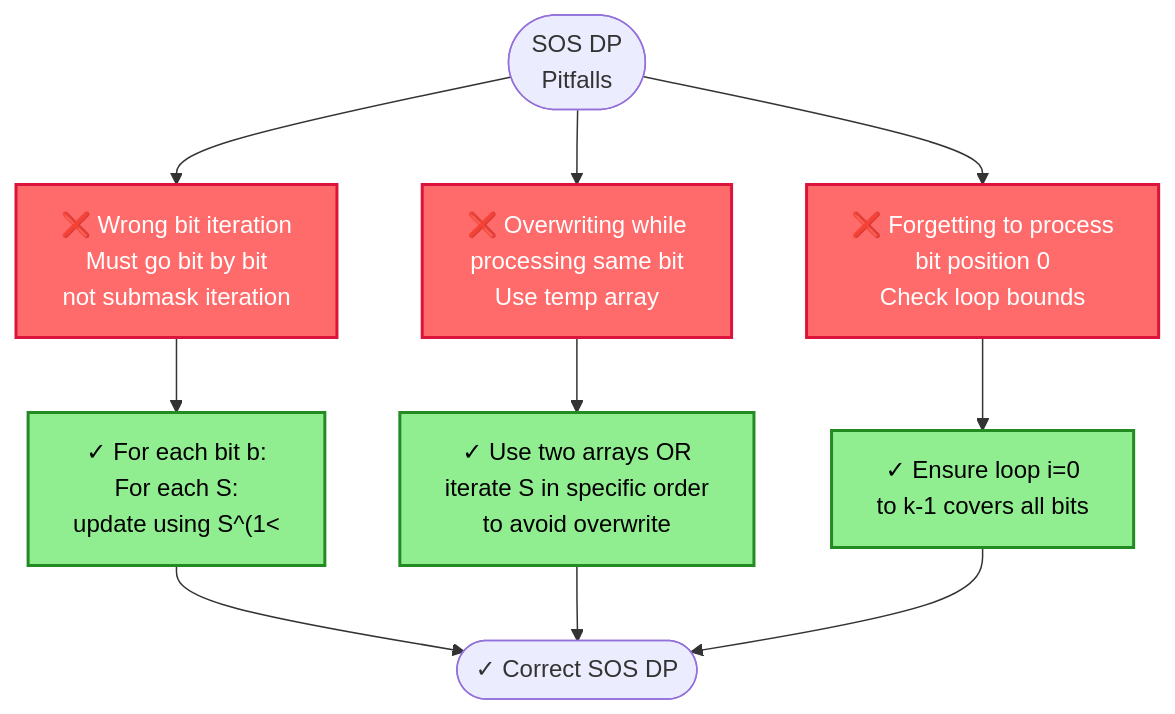
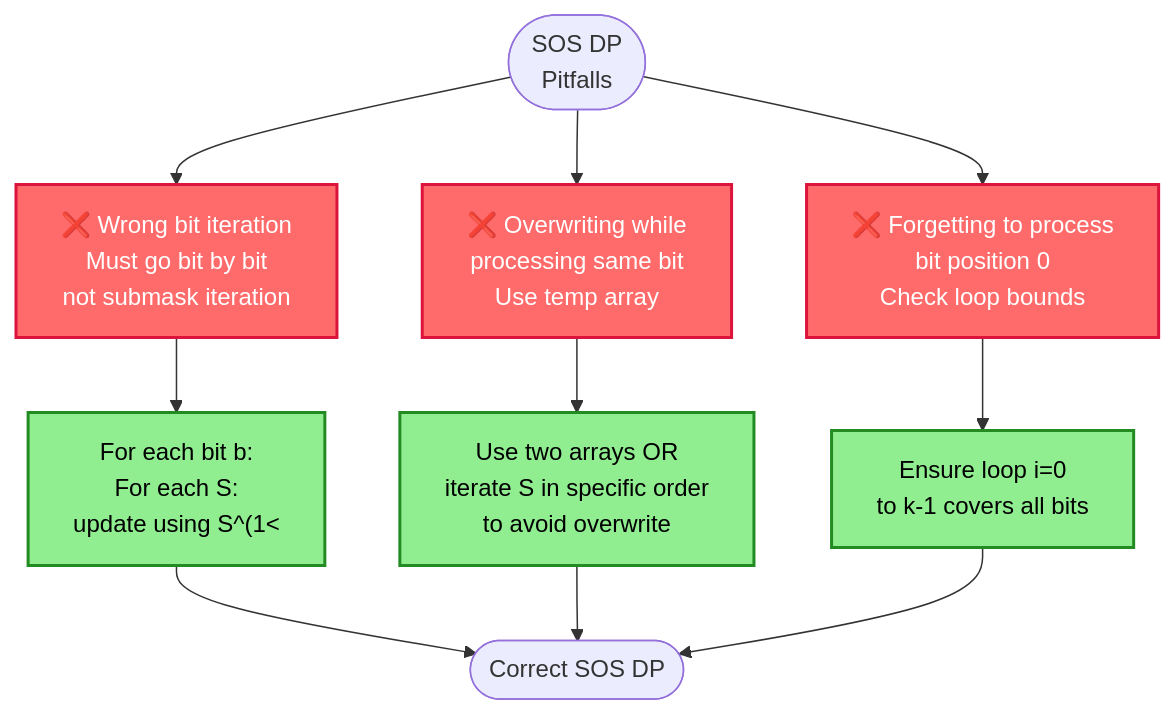
Before and after one commit to souradeepta/interviewprep: diagram 16 of 41 in docs/algorithms/advanced/advanced_algorithms.md, drawn with Mermaid. The commit also changed other lines of this file, not shown here.

Commit message:
fix: remove Unicode checkmark characters from Mermaid flowchart

````diff
--- a/docs/algorithms/advanced/advanced_algorithms.md
+++ b/docs/algorithms/advanced/advanced_algorithms.md
@@ -643,20 +643,20 @@
 ```mermaid
 flowchart TD
     A(["SOS DP<br/>Pitfalls"]) --> P1["❌ Wrong bit iteration<br/>Must go bit by bit<br/>not submask iteration"]
     A --> P2["❌ Overwriting while<br/>processing same bit<br/>Use temp array"]
     A --> P3["❌ Forgetting to process<br/>bit position 0<br/>Check loop bounds"]
     
-    P1 --> S1["✓ For each bit b:<br/>  For each S:<br/>    update using S^(1<<b)"]
-    P2 --> S2["✓ Use two arrays OR<br/>iterate S in specific order<br/>to avoid overwrite"]
-    P3 --> S3["✓ Ensure loop i=0<br/>to k-1 covers all bits"]
+    P1 --> S1["For each bit b:<br/>  For each S:<br/>    update using S^(1<<b)"]
+    P2 --> S2["Use two arrays OR<br/>iterate S in specific order<br/>to avoid overwrite"]
+    P3 --> S3["Ensure loop i=0<br/>to k-1 covers all bits"]
     
-    S1 --> End(["✓ Correct SOS DP"])
+    S1 --> End(["Correct SOS DP"])
     S2 --> End
     S3 --> End
     
     classDef problem fill:#FF6B6B,stroke:#DC143C,stroke-width:2px,color:#fff
     classDef solution fill:#90EE90,stroke:#228B22,stroke-width:2px,color:#000
     
     class P1,P2,P3 problem
     class S1,S2,S3 solution
 ```
````
